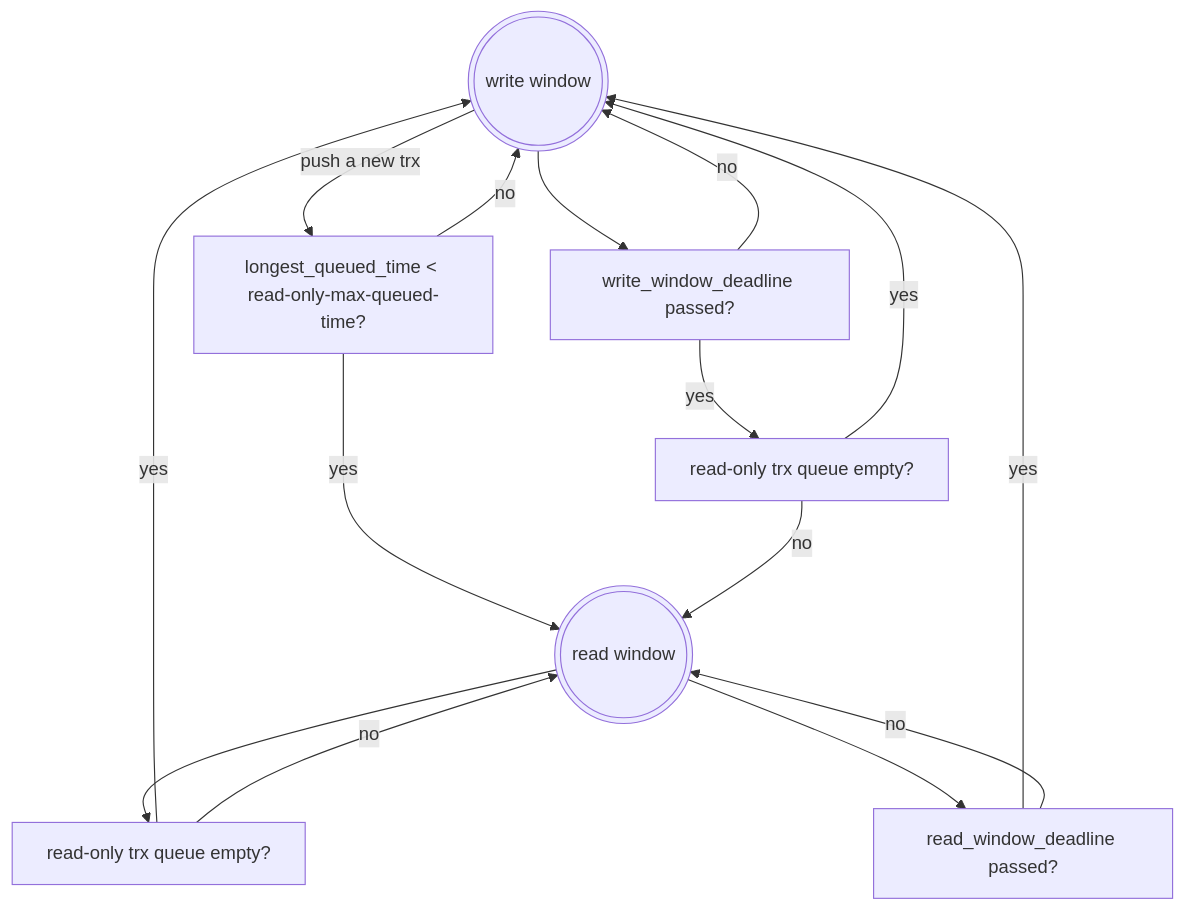
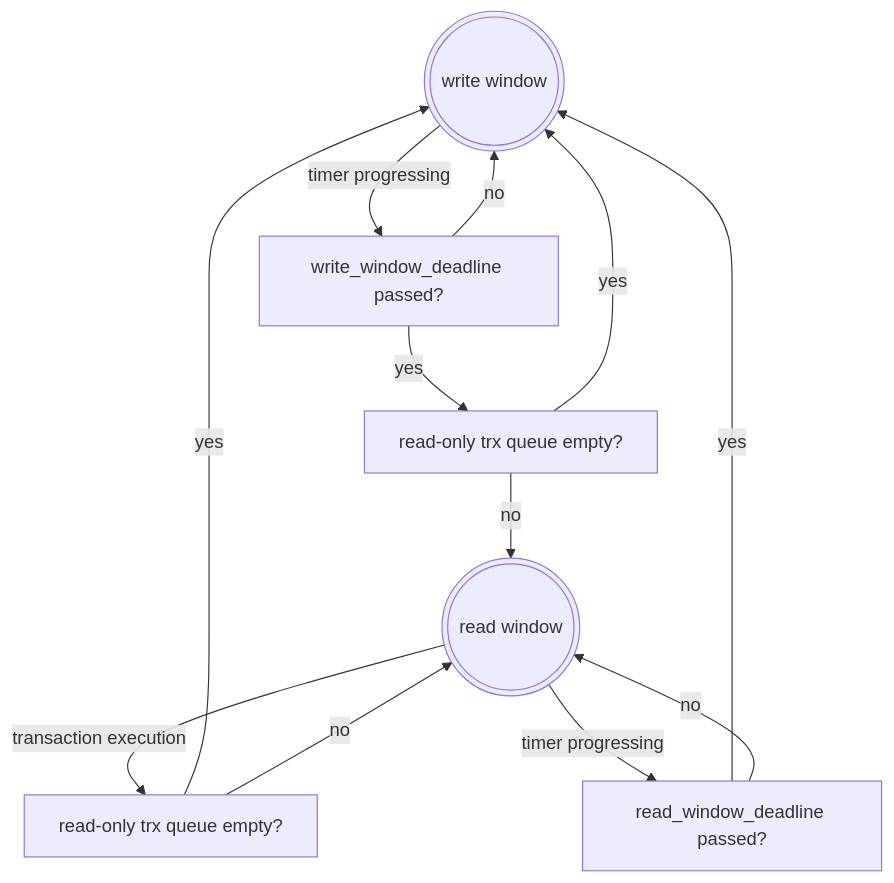
Before and after one commit to eosnetworkfoundation/product: the diagram in transactions/read-only/parallel.md, drawn with Mermaid. The commit also changed other lines of this file, not shown here.

````diff
--- a/transactions/read-only/parallel.md
+++ b/transactions/read-only/parallel.md
@@ -133,18 +170,15 @@
 ```mermaid
 flowchart TD
-    A(((write window))) -->|push a new trx| B[longest_queued_time < read-only-max-queued-time?]
-    B -->|yes| R(((read window)))
+    A(((write window))) -->|timer progressing| B[write_window_deadline passed?]
+    B -->|yes| C[read-only trx queue empty?]
     B -->|no| A
-    A --> D[write_window_deadline passed?]
-    D -->|yes| F[read-only trx queue empty?]
-    D -->|no| A
-    F -->|yes| A
-    F -->|no| R
+    C -->|yes| A
+    C -->|no| R(((read window)))
     
-    R --> S[read-only trx queue empty?]
+    R -->|transaction execution| S[read-only trx queue empty?]
     S -->|yes| A
     S -->|no| R
-    R --> T[read_window_deadline passed?]
+    R -->|timer progressing| T[read_window_deadline passed?]
     T -->|yes| A
     T -->|no| R  
 ```
````
